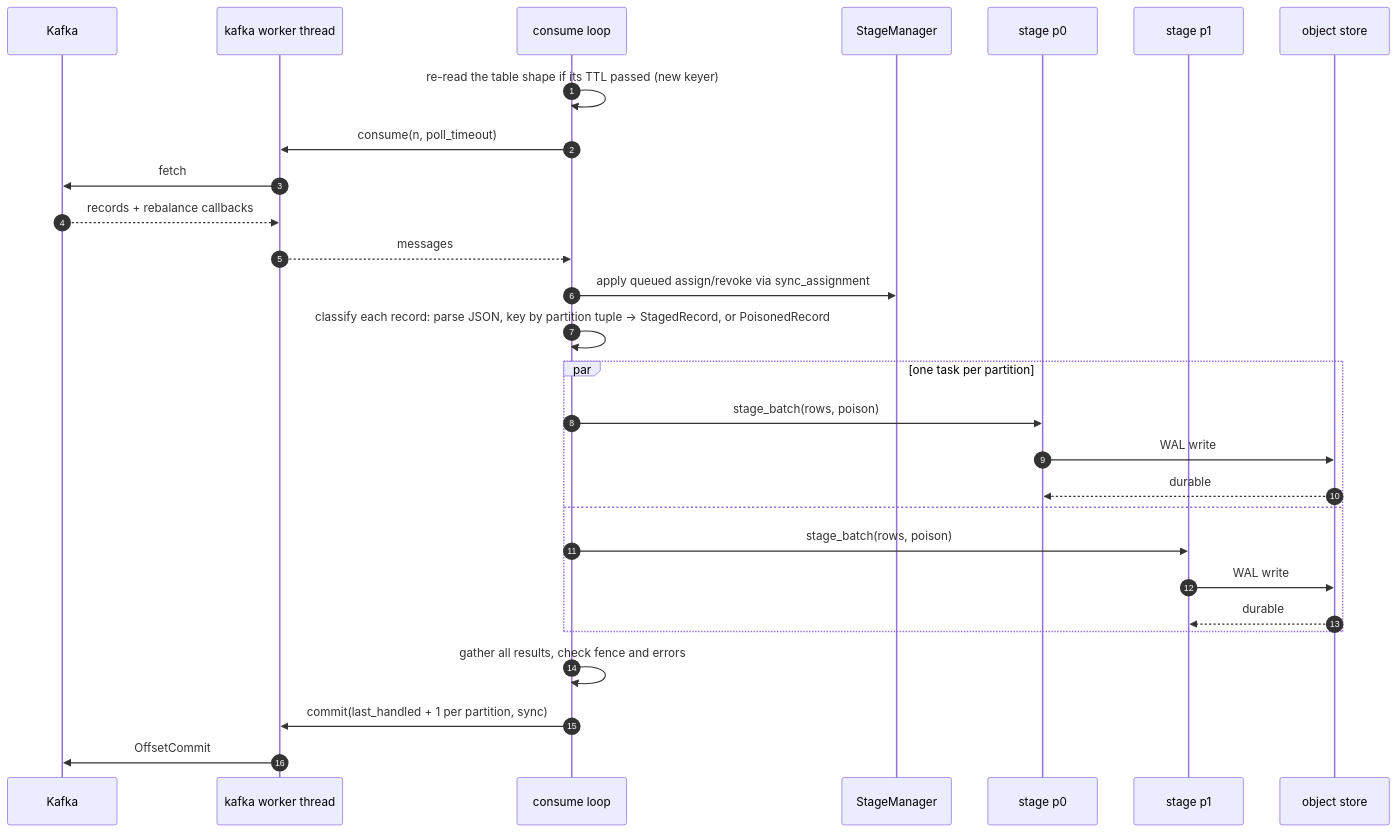
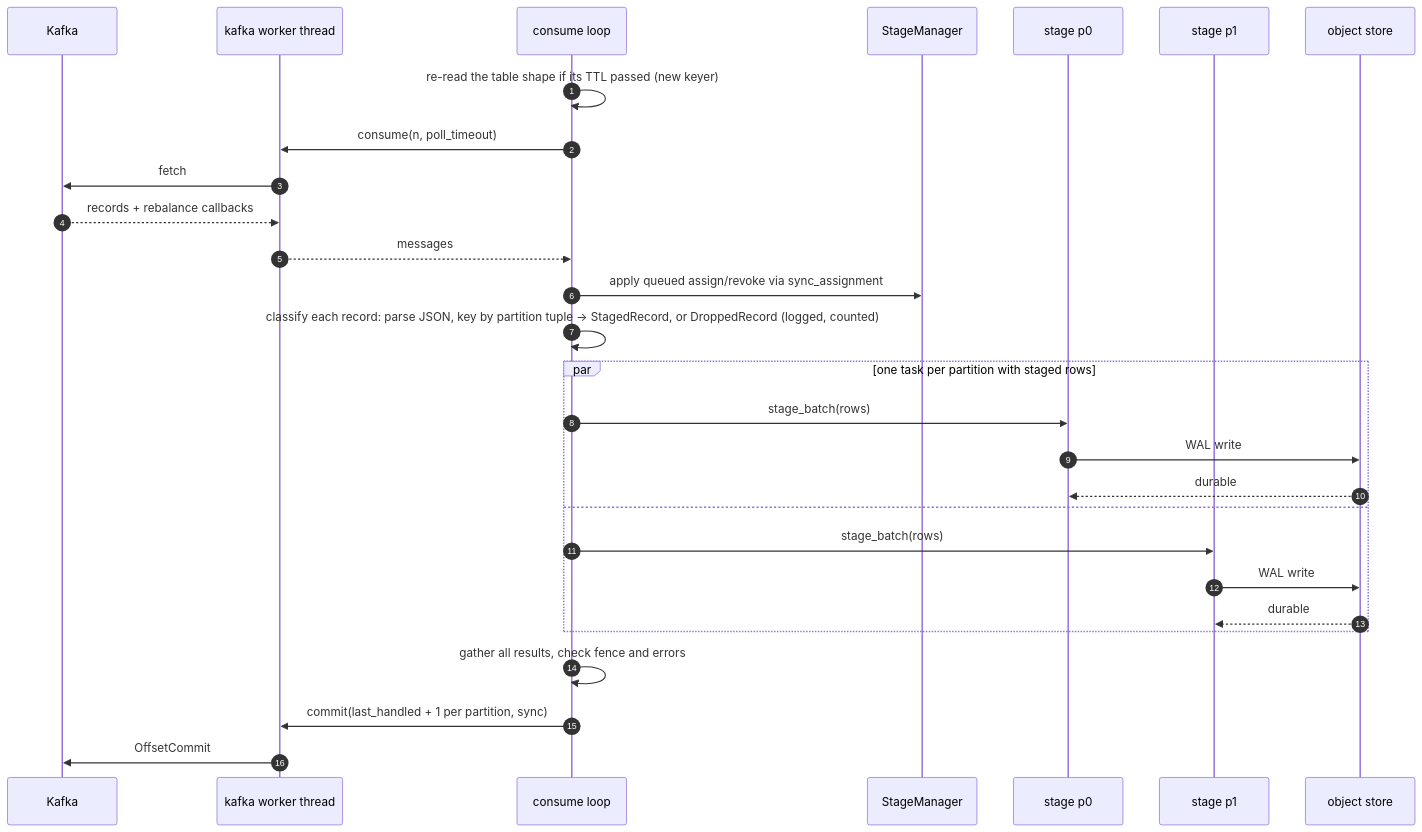
One commit to PostHog/hoglake changed the second of 4 diagrams in millrace/architecture.md. Above: the diagram before and after it, drawn with Mermaid. The commit also changed other lines of this file and 22 other files, not shown here.

````diff
--- a/millrace/architecture.md
+++ b/millrace/architecture.md
@@ -259,30 +259,30 @@
 ```mermaid
 sequenceDiagram
   autonumber
   participant K as Kafka
   participant W as kafka worker thread
   participant C as consume loop
   participant SM as StageManager
   participant P0 as stage p0
   participant P1 as stage p1
   participant OS as object store
   C->>C: re-read the table shape if its TTL passed (new keyer)
   C->>W: consume(n, poll_timeout)
   W->>K: fetch
   K-->>W: records + rebalance callbacks
   W-->>C: messages
   C->>SM: apply queued assign/revoke via sync_assignment
-  C->>C: classify each record: parse JSON, key by partition tuple → StagedRecord, or PoisonedRecord
-  par one task per partition
-    C->>P0: stage_batch(rows, poison)
+  C->>C: classify each record: parse JSON, key by partition tuple → StagedRecord, or DroppedRecord (logged, counted)
+  par one task per partition with staged rows
+    C->>P0: stage_batch(rows)
     P0->>OS: WAL write
     OS-->>P0: durable
   and
-    C->>P1: stage_batch(rows, poison)
+    C->>P1: stage_batch(rows)
     P1->>OS: WAL write
     OS-->>P1: durable
   end
   C->>C: gather all results, check fence and errors
   C->>W: commit(last_handled + 1 per partition, sync)
   W->>K: OffsetCommit
 ```
````
